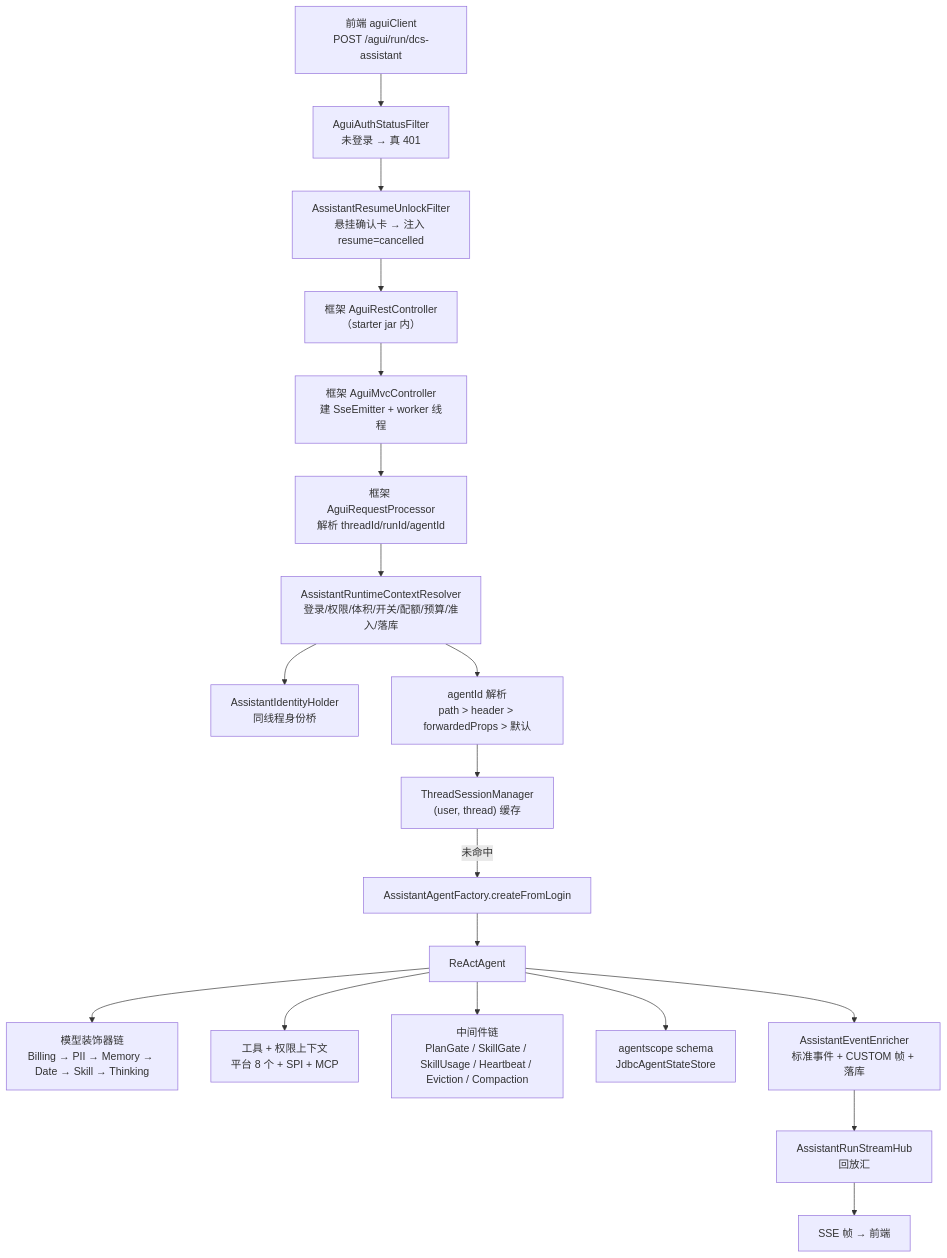
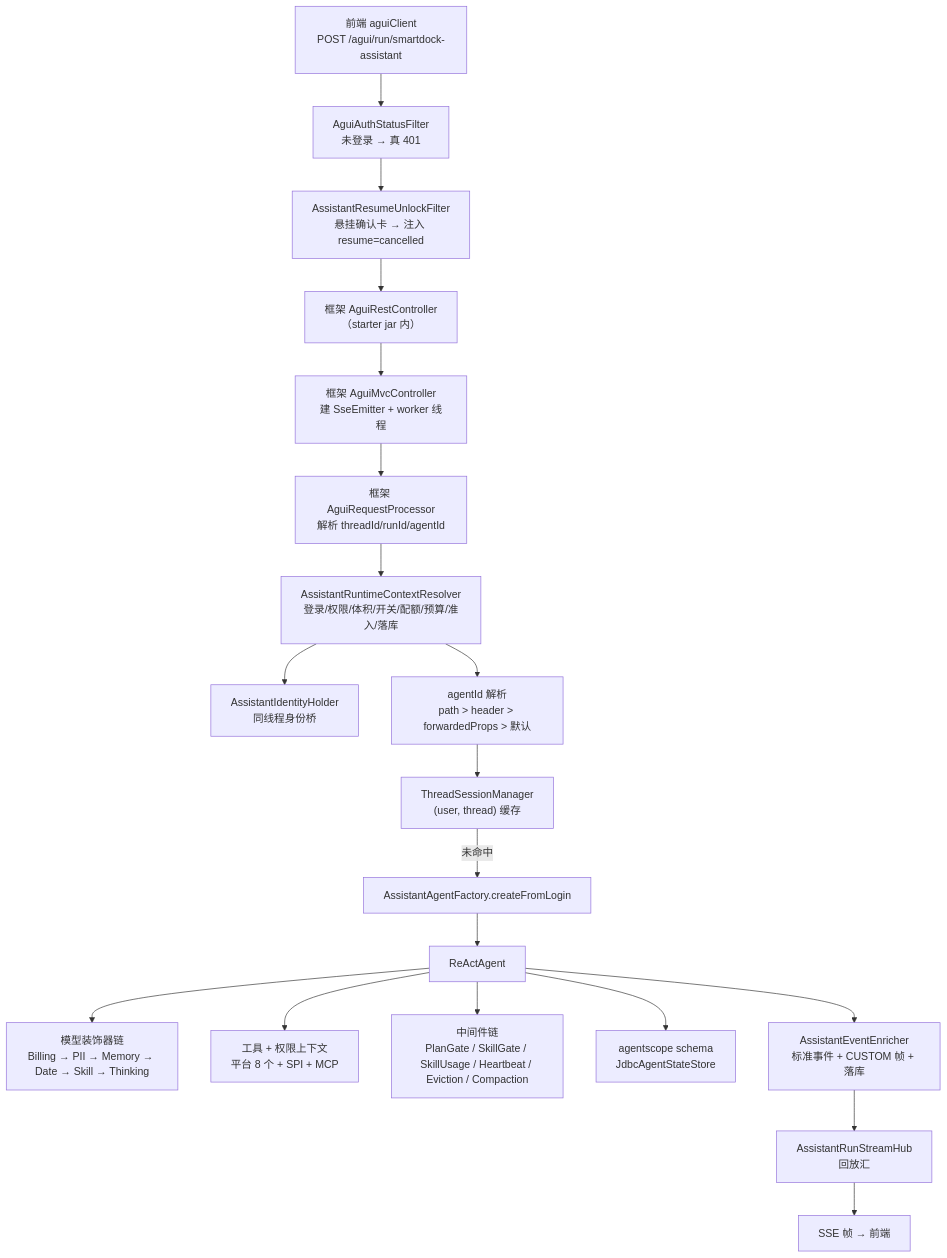
One commit to ck-ys/SmartDock changed diagram 11 of 18 in docs/backend-architecture.md. Above: the diagram before and after it, drawn with Mermaid. The commit also changed other lines of this file and 24 other files, not shown here.

````diff
--- a/docs/backend-architecture.md
+++ b/docs/backend-architecture.md
@@ -787,21 +787,21 @@
 ```mermaid
 flowchart TB
-  U["前端 aguiClient<br/>POST /agui/run/dcs-assistant"] --> F1["AguiAuthStatusFilter<br/>未登录 → 真 401"]
+  U["前端 aguiClient<br/>POST /agui/run/smartdock-assistant"] --> F1["AguiAuthStatusFilter<br/>未登录 → 真 401"]
   F1 --> F2["AssistantResumeUnlockFilter<br/>悬挂确认卡 → 注入 resume=cancelled"]
   F2 --> C1["框架 AguiRestController<br/>（starter jar 内）"]
   C1 --> C2["框架 AguiMvcController<br/>建 SseEmitter + worker 线程"]
   C2 --> C3["框架 AguiRequestProcessor<br/>解析 threadId/runId/agentId"]
   C3 --> R["AssistantRuntimeContextResolver<br/>登录/权限/体积/开关/配额/预算/准入/落库"]
   R --> H["AssistantIdentityHolder<br/>同线程身份桥"]
   R --> A["agentId 解析<br/>path > header > forwardedProps > 默认"]
   A --> S["ThreadSessionManager<br/>(user, thread) 缓存"]
   S -- 未命中 --> F["AssistantAgentFactory.createFromLogin"]
   F --> AG["ReActAgent"]
   AG --> D["模型装饰器链<br/>Billing → PII → Memory → Date → Skill → Thinking"]
   AG --> T["工具 + 权限上下文<br/>平台 8 个 + SPI + MCP"]
   AG --> MW["中间件链<br/>PlanGate / SkillGate / SkillUsage / Heartbeat / Eviction / Compaction"]
   AG --> ST["agentscope schema<br/>JdbcAgentStateStore"]
   AG --> EN["AssistantEventEnricher<br/>标准事件 + CUSTOM 帧 + 落库"]
   EN --> HUB["AssistantRunStreamHub<br/>回放汇"]
   HUB --> SSE["SSE 帧 → 前端"]
 ```
````
